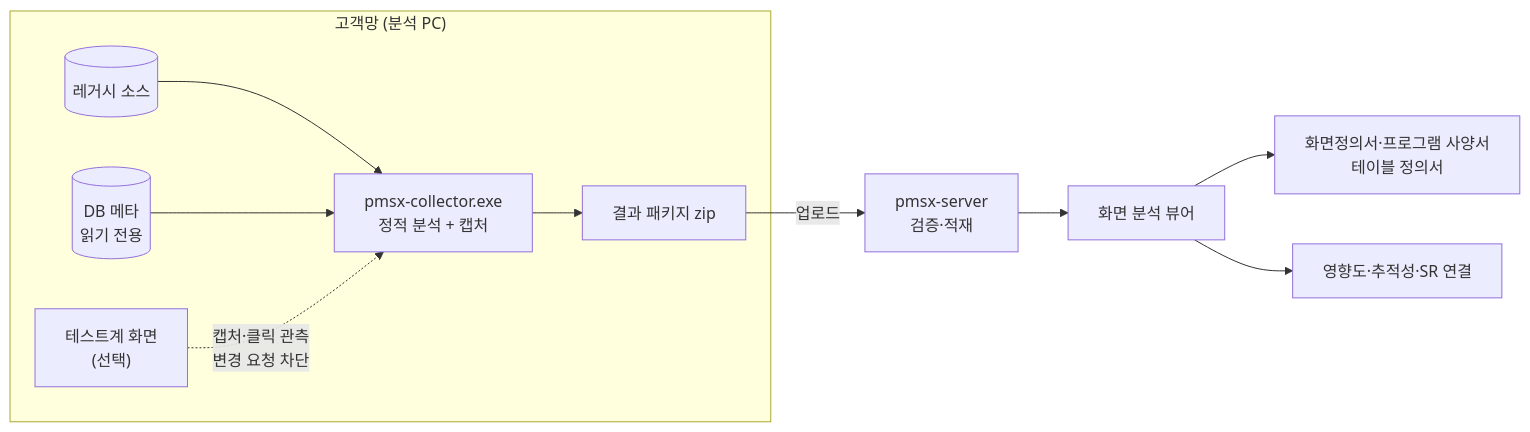
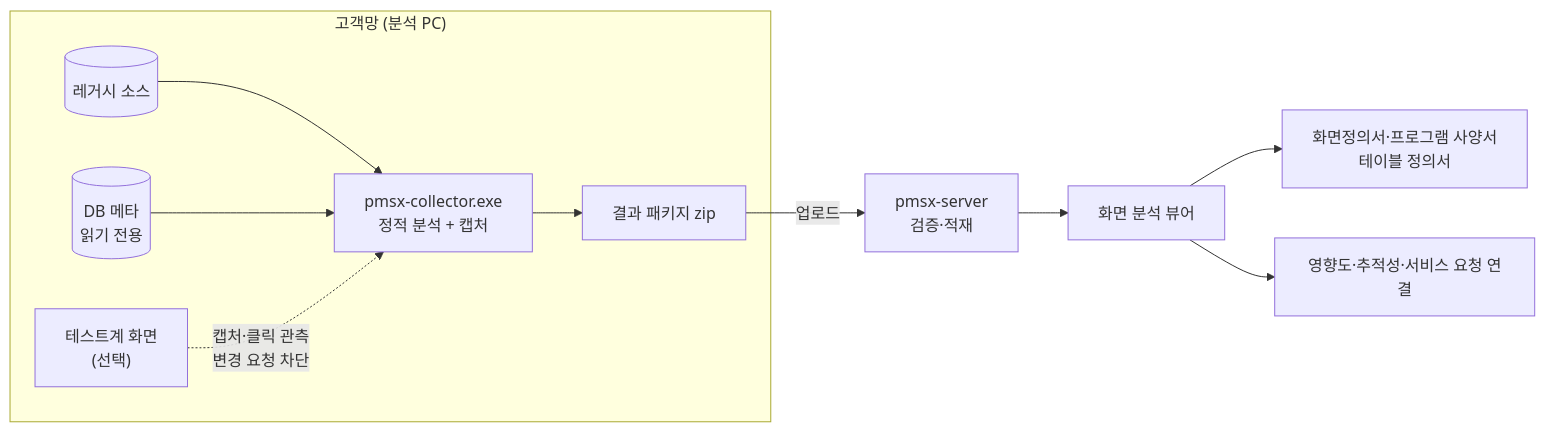
Before and after one commit to Malburi/hnix-ax-site: the diagram in pmsx/asis.md, drawn with Mermaid. The commit also changed other lines of this file and 42 other files, not shown here.

````diff
--- a/pmsx/asis.md
+++ b/pmsx/asis.md
@@ -7,17 +7,17 @@
 ```mermaid
 flowchart LR
     subgraph CUST["고객망 (분석 PC)"]
         SRC[("레거시 소스")]
         DB[("DB 메타<br/>읽기 전용")]
         TEST["테스트계 화면<br/>(선택)"]
         COL["pmsx-collector.exe<br/>정적 분석 + 캡처"]
         SRC --> COL
         DB --> COL
         TEST -. "캡처·클릭 관측<br/>변경 요청 차단" .-> COL
         COL --> ZIP["결과 패키지 zip"]
     end
     ZIP -- "업로드" --> SRV["pmsx-server<br/>검증·적재"]
     SRV --> VIEW["화면 분석 뷰어"]
     VIEW --> OUT["화면정의서·프로그램 사양서<br/>테이블 정의서"]
-    VIEW --> IMP["영향도·추적성·SR 연결"]
+    VIEW --> IMP["영향도·추적성·서비스 요청 연결"]
 ```
````
